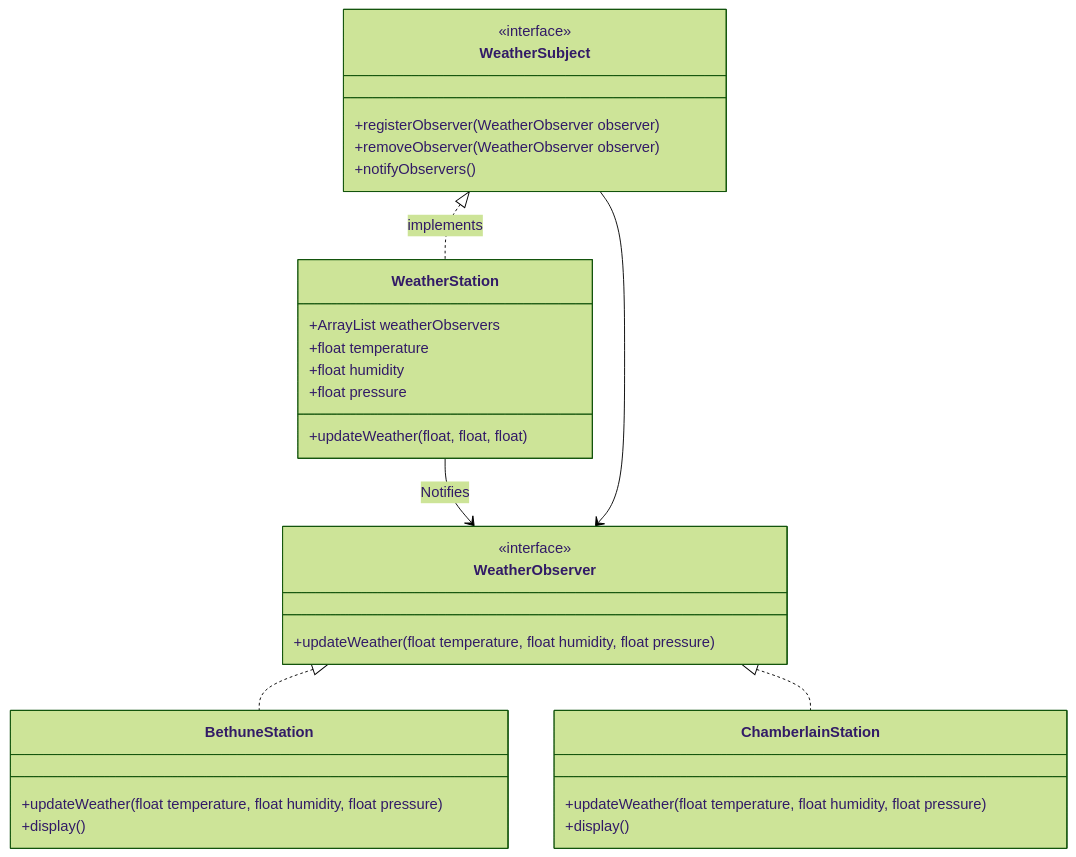
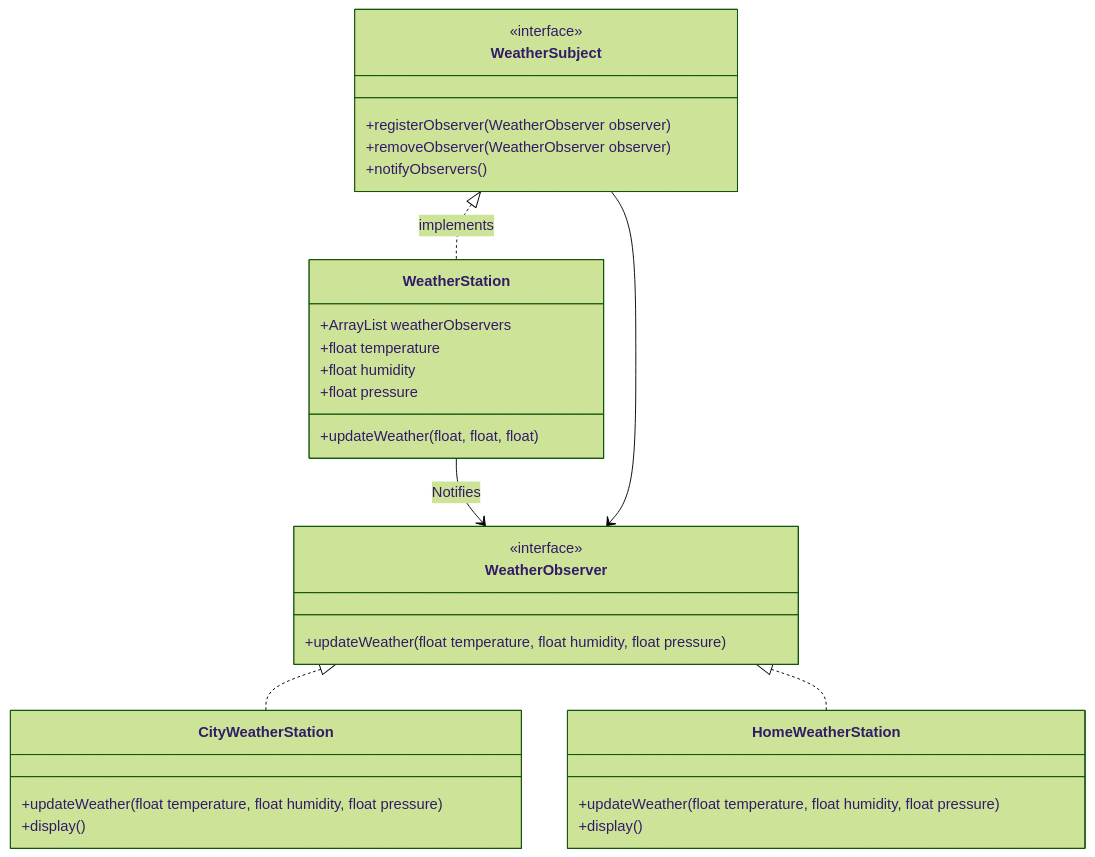
Before and after one commit to tdoug19/ENSE_370_Lab: the diagram in Lab-5/ObserverDesignPattern.md, drawn with Mermaid (forest theme). The commit also changed other lines of this file and 3 other files, not shown here.

````diff
--- a/Lab-5/ObserverDesignPattern.md
+++ b/Lab-5/ObserverDesignPattern.md
@@ -29,39 +29,39 @@
 ```mermaid
 classDiagram 
     
     class WeatherSubject {
         <<interface>>
         +registerObserver(WeatherObserver observer)
         +removeObserver(WeatherObserver observer)
         +notifyObservers()
     }
 
     class WeatherObserver {
         <<interface>>
         +updateWeather(float temperature, float humidity, float pressure)
     }
 
     class WeatherStation {
         +ArrayList<Observer> weatherObservers
         +float temperature
         +float humidity
         +float pressure
         +updateWeather(float, float, float)
     }
 
-    class BethuneStation {
+    class CityWeatherStation {
         +updateWeather(float temperature, float humidity, float pressure)
         +display()
     }
 
-    class ChamberlainStation {
+    class HomeWeatherStation {
         +updateWeather(float temperature, float humidity, float pressure)
         +display()
     }
     WeatherObserver <-- WeatherSubject
     WeatherSubject <|.. WeatherStation : implements
-    WeatherObserver <|.. BethuneStation
-    WeatherObserver <|.. ChamberlainStation
+    WeatherObserver <|.. CityWeatherStation
+    WeatherObserver <|.. HomeWeatherStation
     WeatherStation --> WeatherObserver : Notifies
 
 ```
````
